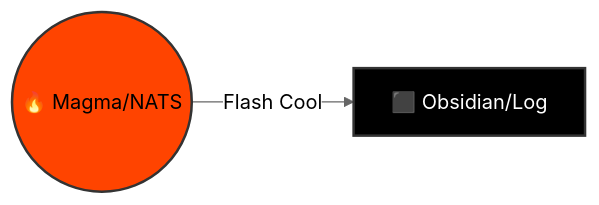
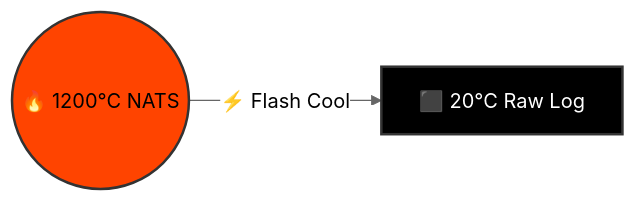
The first of 4 diagrams in brain/design_obsidian_thermodynamics.md (TTaoGaming/hfo_2025_11), drawn with Mermaid (neutral theme) before and after one commit. The commit also changed other lines of this file, not shown here.

Commit message:
feat(brain): refine obsidian thermodynamics with cooling curve

````diff
--- a/brain/design_obsidian_thermodynamics.md
+++ b/brain/design_obsidian_thermodynamics.md
@@ -26,6 +31,6 @@
 ```mermaid
 graph LR
-    A((🔥 Magma/NATS)) -->|Flash Cool| B[⬛ Obsidian/Log]
+    A((🔥 1200°C NATS)) -->|⚡ Flash Cool| B[⬛ 20°C Raw Log]
     style A fill:#ff4400,stroke:#333,stroke-width:2px
     style B fill:#000000,stroke:#333,stroke-width:2px,color:#fff
 ```
````
